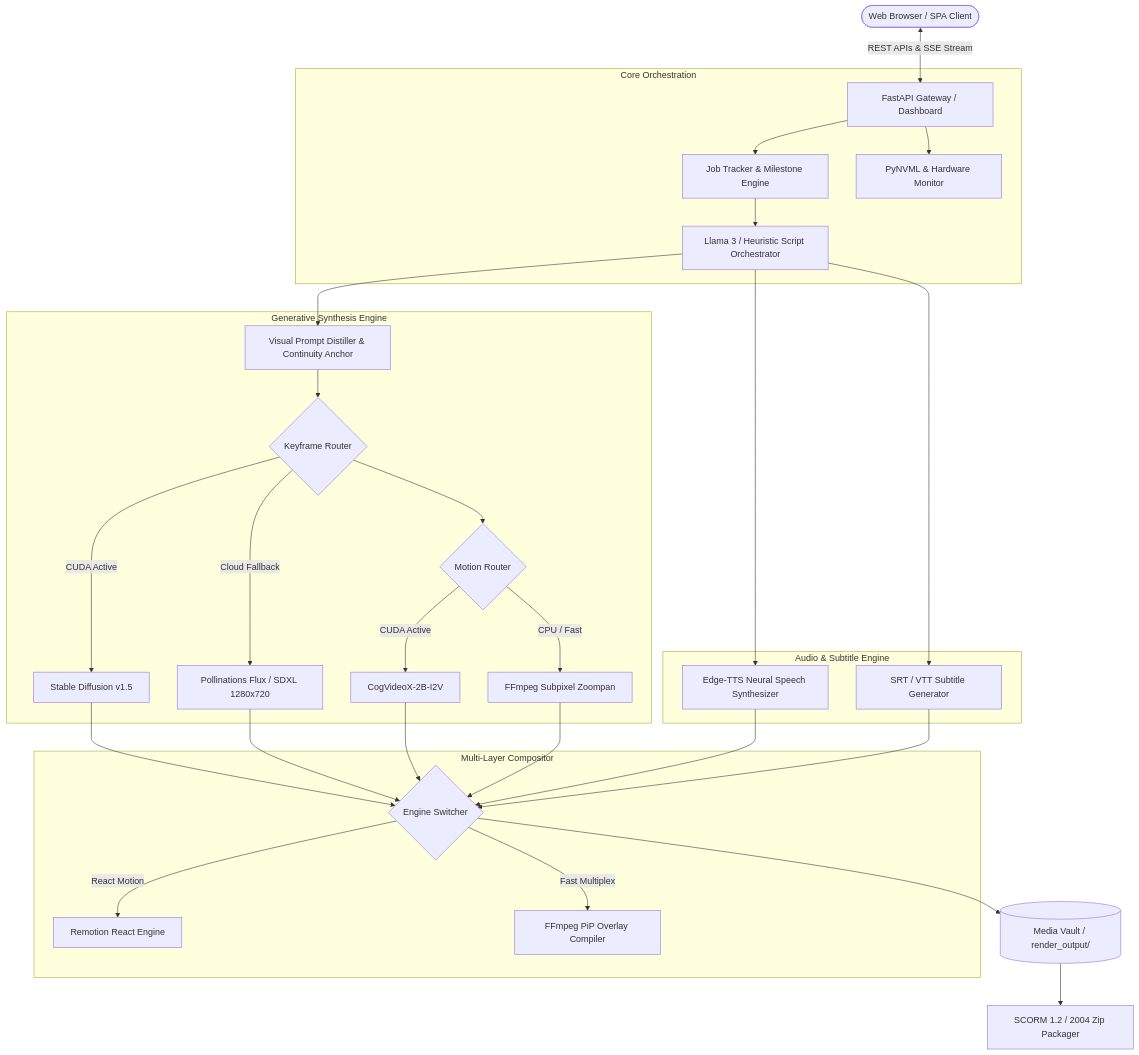
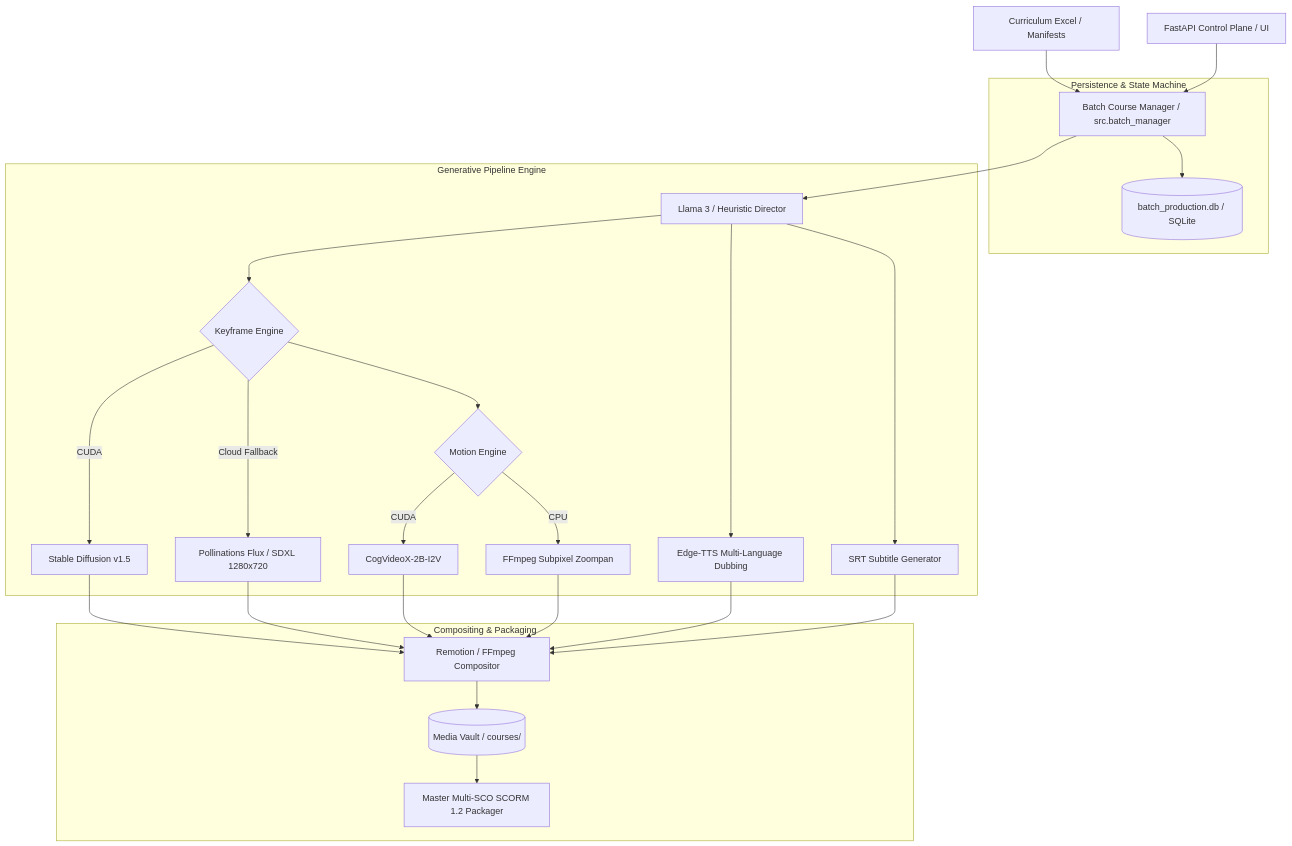
One commit to DrisyonAI/Modular-NeuroClips changed the first of 2 diagrams in README.md. Above: the diagram before and after it, drawn with Mermaid. The commit also changed other lines of this file and 1 other file, not shown here.

Commit message:
feat: Scaffold enterprise BatchCourseManager with SQLite state machine, master Multi-SCO SCORM packager, and updated 100+ hour scaling README

````diff
--- a/README.md
+++ b/README.md
@@ -79,36 +61,29 @@
 ```mermaid
 flowchart TD
-    Client([Web Browser / SPA Client]) <-->|REST APIs & SSE Stream| Gateway[FastAPI Gateway / Dashboard]
-    
-    subgraph Core Orchestration
-        Gateway --> JobManager[Job Tracker & Milestone Engine]
-        Gateway --> Telemetry[PyNVML & Hardware Monitor]
-        JobManager --> LLMDirector[Llama 3 / Heuristic Script Orchestrator]
+    Excel[Curriculum Excel / Manifests] --> BatchMgr[Batch Course Manager / src.batch_manager]
+    WebUI[FastAPI Control Plane / UI] --> BatchMgr
+
+    subgraph Persistence & State Machine
+        BatchMgr --> DB[(batch_production.db / SQLite)]
     end
 
-    subgraph Generative Synthesis Engine
-        LLMDirector --> PromptDistill[Visual Prompt Distiller & Continuity Anchor]
-        PromptDistill --> KeyframeGen{Keyframe Router}
-        KeyframeGen -->|CUDA Active| SDLocal[Stable Diffusion v1.5]
-        KeyframeGen -->|Cloud Fallback| Pollinations[Pollinations Flux / SDXL 1280x720]
+    subgraph Generative Pipeline Engine
+        BatchMgr --> Orchestrator[Llama 3 / Heuristic Director]
+        Orchestrator --> T2I{Keyframe Engine}
+        T2I -->|CUDA| SDLocal[Stable Diffusion v1.5]
+        T2I -->|Cloud Fallback| Pollinations[Pollinations Flux / SDXL 1280x720]
         
-        KeyframeGen --> MotionRouter{Motion Router}
-        MotionRouter -->|CUDA Active| CogVideo[CogVideoX-2B-I2V]
-        MotionRouter -->|CPU / Fast| KenBurns[FFmpeg Subpixel Zoompan]
+        T2I --> Motion{Motion Engine}
+        Motion -->|CUDA| CogVideo[CogVideoX-2B-I2V]
+        Motion -->|CPU| KenBurns[FFmpeg Subpixel Zoompan]
+
+        Orchestrator --> EdgeTTS[Edge-TTS Multi-Language Dubbing]
+        Orchestrator --> SRTGen[SRT Subtitle Generator]
     end
 
-    subgraph Audio & Subtitle Engine
-        LLMDirector --> EdgeTTS[Edge-TTS Neural Speech Synthesizer]
-        LLMDirector --> SRTGen[SRT / VTT Subtitle Generator]
+    subgraph Compositing & Packaging
+        SDLocal & Pollinations & CogVideo & KenBurns & EdgeTTS & SRTGen --> Compositor[Remotion / FFmpeg Compositor]
+        Compositor --> MediaVault[(Media Vault / courses/)]
+        MediaVault --> MasterSCORM[Master Multi-SCO SCORM 1.2 Packager]
     end
-
-    subgraph Multi-Layer Compositor
-        SDLocal & Pollinations & CogVideo & KenBurns --> Compositor{Engine Switcher}
-        EdgeTTS & SRTGen --> Compositor
-        Compositor -->|React Motion| Remotion[Remotion React Engine]
-        Compositor -->|Fast Multiplex| FFmpegPipe[FFmpeg PiP Overlay Compiler]
-    end
-
-    Compositor --> MediaVault[(Media Vault / render_output/)]
-    MediaVault --> SCORMPack[SCORM 1.2 / 2004 Zip Packager]
 ```
````
